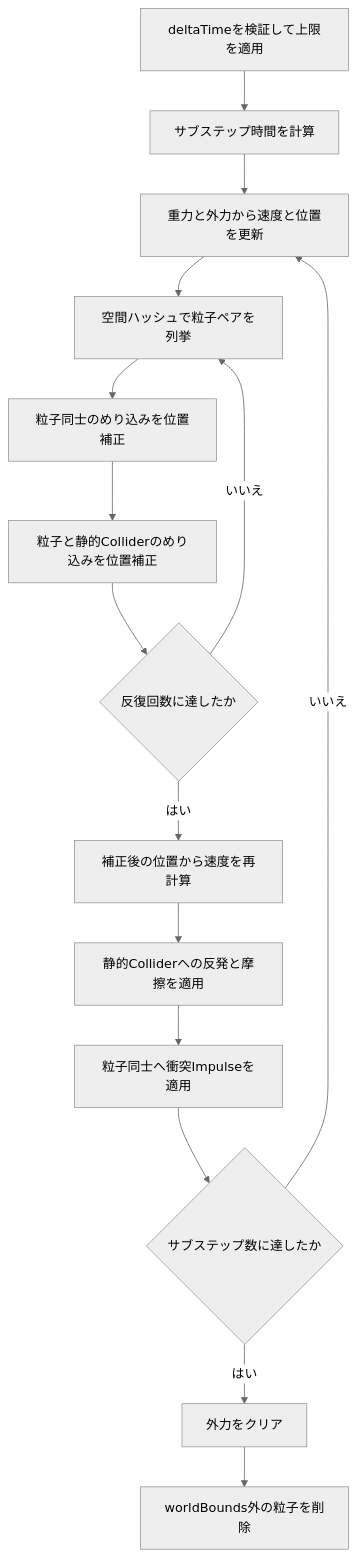
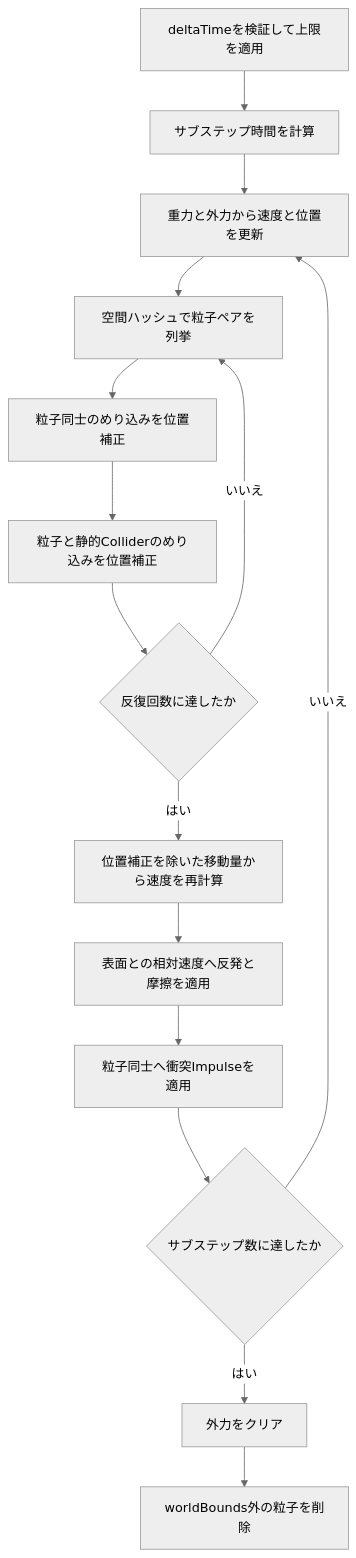
The diagram in Docs/ParticleWorld.md (KazukiIhara/LaziealRuntime), drawn with Mermaid (neutral theme) before and after one commit. The commit also changed other lines of this file and 2 other files, not shown here.

````diff
--- a/Docs/ParticleWorld.md
+++ b/Docs/ParticleWorld.md
@@ -196,17 +225,17 @@
 ```mermaid
 flowchart TD
     A[deltaTimeを検証して上限を適用] --> B[サブステップ時間を計算]
     B --> C[重力と外力から速度と位置を更新]
     C --> D[空間ハッシュで粒子ペアを列挙]
     D --> E[粒子同士のめり込みを位置補正]
     E --> F[粒子と静的Colliderのめり込みを位置補正]
     F --> G{反復回数に達したか}
     G -- いいえ --> D
-    G -- はい --> H[補正後の位置から速度を再計算]
-    H --> I[静的Colliderへの反発と摩擦を適用]
+    G -- はい --> H[位置補正を除いた移動量から速度を再計算]
+    H --> I[表面との相対速度へ反発と摩擦を適用]
     I --> J[粒子同士へ衝突Impulseを適用]
     J --> K{サブステップ数に達したか}
     K -- いいえ --> C
     K -- はい --> L[外力をクリア]
     L --> M[worldBounds外の粒子を削除]
 ```
````
